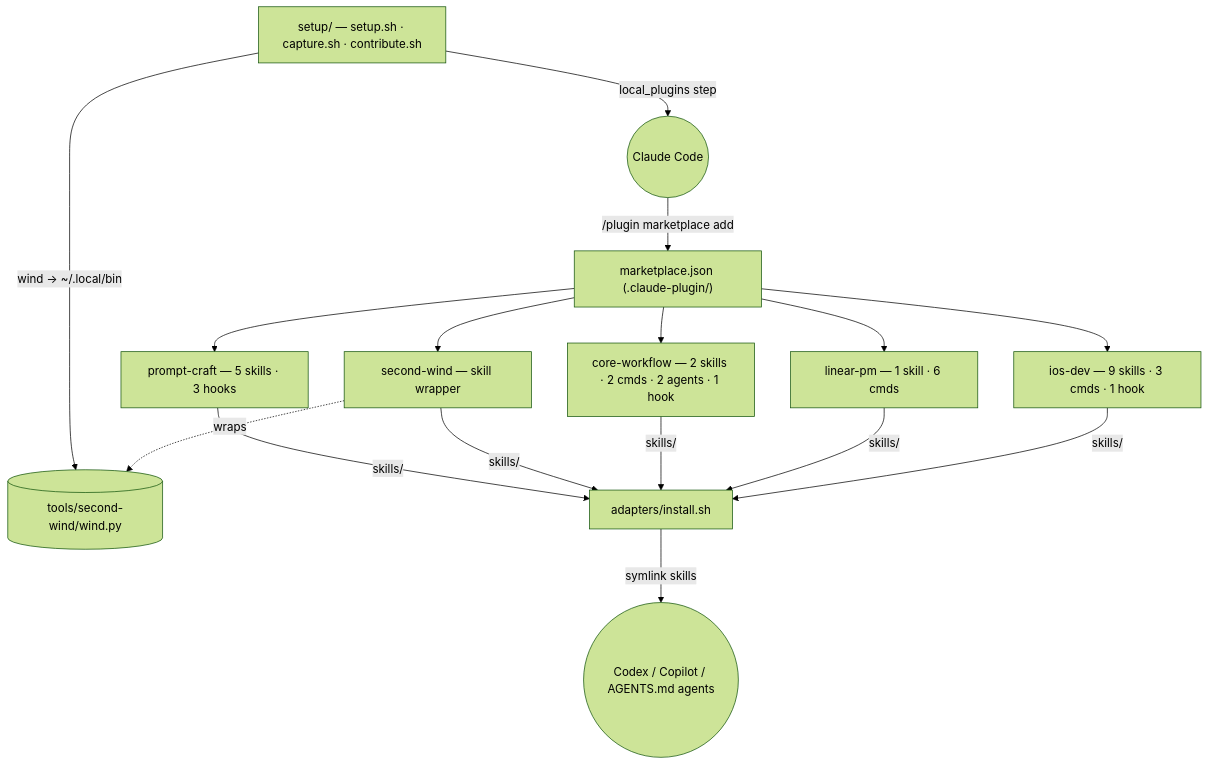
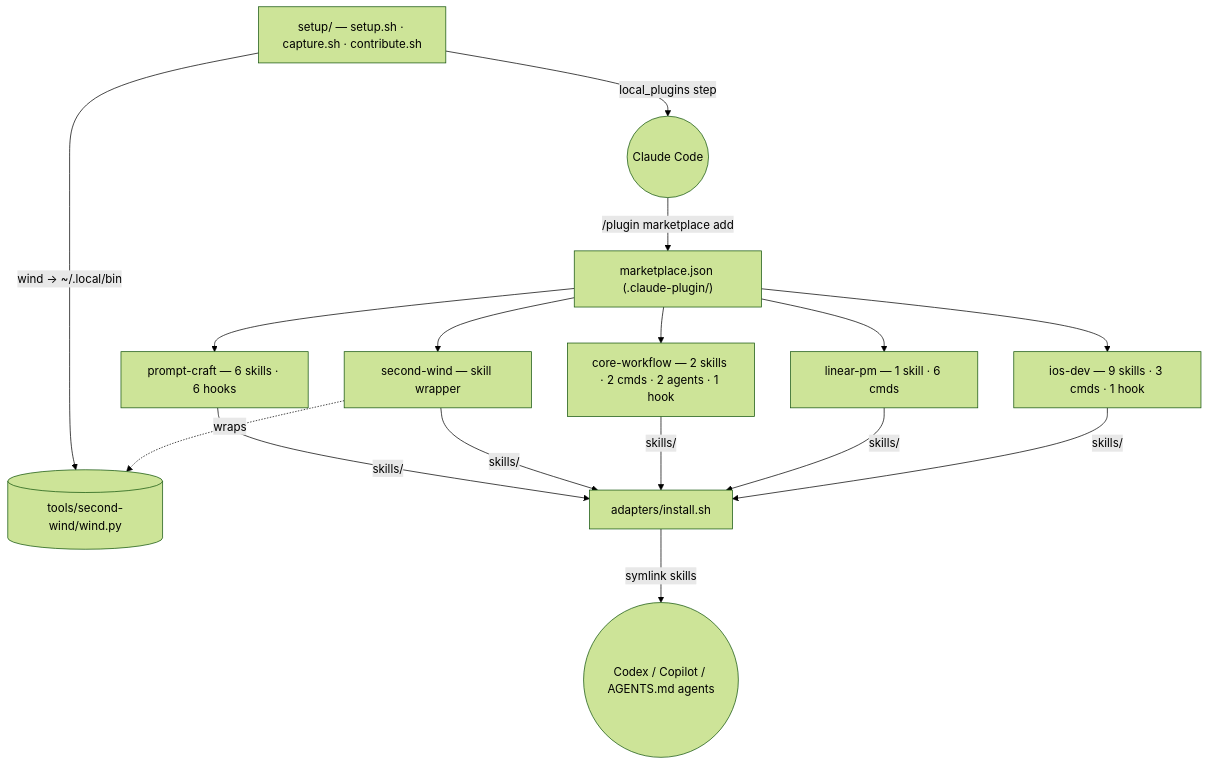
The diagram in docs/architecture.md (abhijitbansal/claude-skills), drawn with Mermaid (forest theme) before and after one commit. The commit also changed other lines of this file and 12 other files, not shown here.

First line of the commit message:
docs(site): sync website with prompt-craft command advisor (PR #5)

````diff
--- a/docs/architecture.md
+++ b/docs/architecture.md
@@ -15,22 +15,22 @@
 ```mermaid
 flowchart TD
   MP["marketplace.json (.claude-plugin/)"]
   IOS["ios-dev — 9 skills · 3 cmds · 1 hook"]
   LIN["linear-pm — 1 skill · 6 cmds"]
   CW["core-workflow — 2 skills · 2 cmds · 2 agents · 1 hook"]
   SW["second-wind — skill wrapper"]
-  PC["prompt-craft — 5 skills · 3 hooks"]
+  PC["prompt-craft — 6 skills · 6 hooks"]
   WIND[("tools/second-wind/wind.py")]
   AD["adapters/install.sh"]
   SEED["setup/ — setup.sh · capture.sh · contribute.sh"]
   CC(("Claude Code"))
   OTHER(("Codex / Copilot / AGENTS.md agents"))
 
   MP --> IOS & LIN & CW & SW & PC
   SW -.->|wraps| WIND
   CC -->|"/plugin marketplace add"| MP
   SEED -->|local_plugins step| CC
   SEED -->|"wind → ~/.local/bin"| WIND
   AD -->|symlink skills| OTHER
   IOS & LIN & CW & SW & PC -->|skills/| AD
 ```
````
